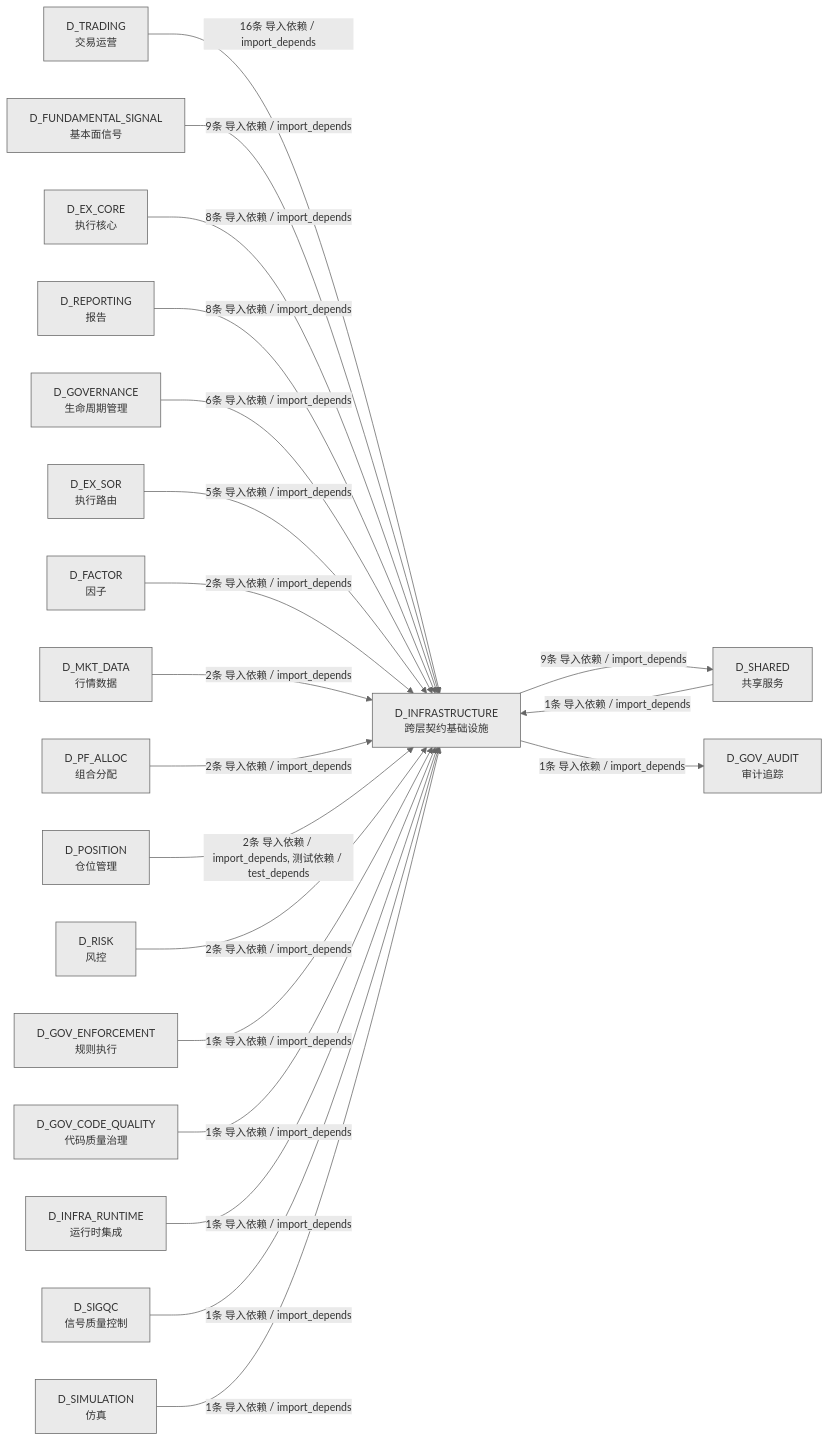
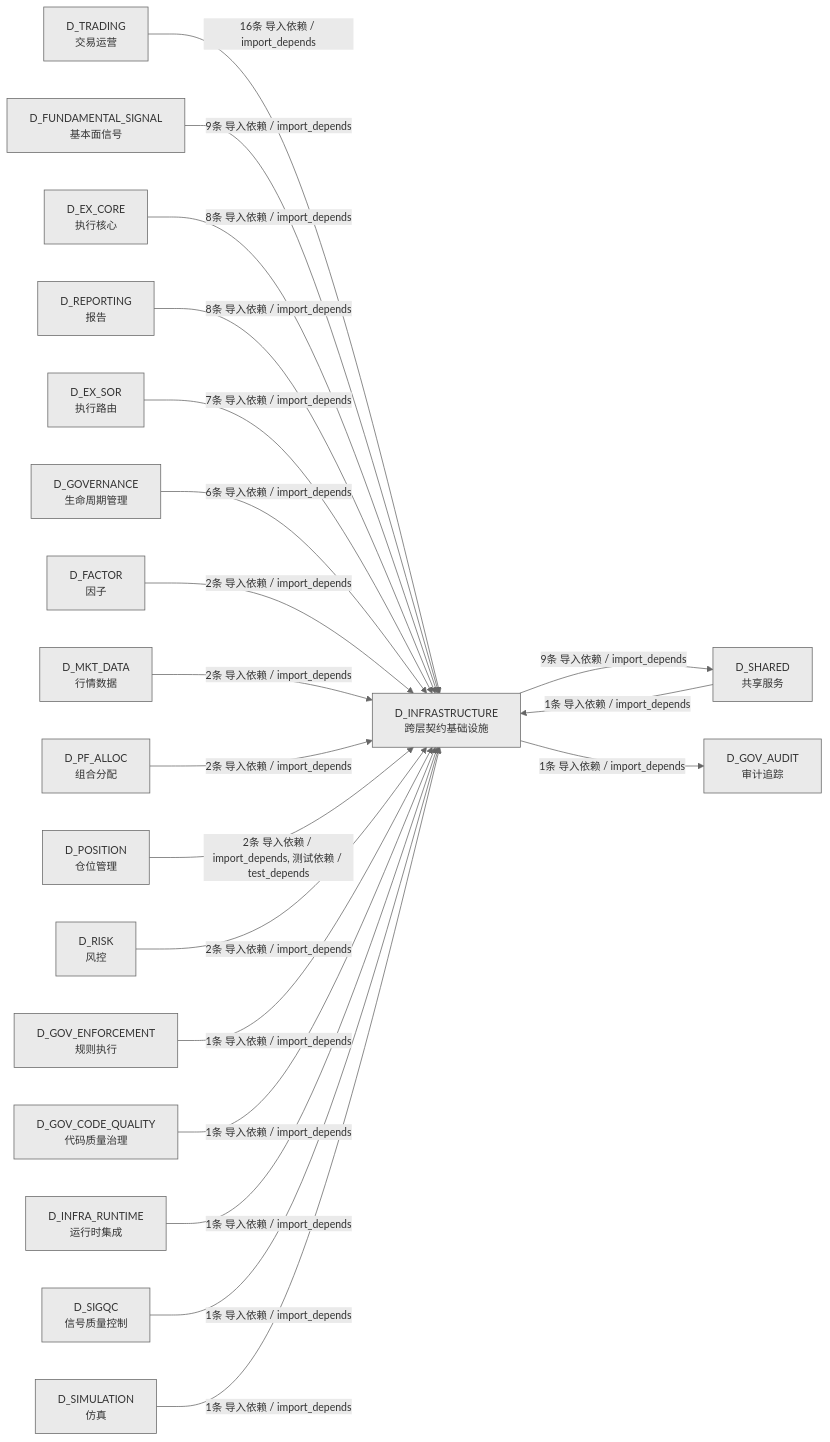
The third of 3 diagrams in docs/02_enterprise_architecture/02_domain_architecture_docs/02_d_infrastructure.md (xuanFelixVan/ZephyrAlpha), drawn with Mermaid before and after one commit. The commit also changed other lines of this file and 58 other files, not shown here.

````diff
--- a/docs/02_enterprise_architecture/02_domain_architecture_docs/02_d_infrastructure.md
+++ b/docs/02_enterprise_architecture/02_domain_architecture_docs/02_d_infrastructure.md
@@ -310,42 +310,42 @@
 ```mermaid
 %%{init: {'theme': 'base', 'themeVariables': {'primaryColor': '#eaeaea', 'primaryTextColor': '#333333', 'primaryBorderColor': '#666666', 'lineColor': '#666666', 'secondaryColor': '#eaeaea', 'tertiaryColor': '#eaeaea', 'fontSize': '14px'}}}%%
 graph LR
     D_INFRASTRUCTURE["D_INFRASTRUCTURE<br/>跨层契约基础设施"]
     D_SHARED["D_SHARED<br/>共享服务"]
     D_GOV_AUDIT["D_GOV_AUDIT<br/>审计追踪"]
     D_TRADING["D_TRADING<br/>交易运营"]
     D_FUNDAMENTAL_SIGNAL["D_FUNDAMENTAL_SIGNAL<br/>基本面信号"]
     D_EX_CORE["D_EX_CORE<br/>执行核心"]
     D_REPORTING["D_REPORTING<br/>报告"]
+    D_EX_SOR["D_EX_SOR<br/>执行路由"]
     D_GOVERNANCE["D_GOVERNANCE<br/>生命周期管理"]
-    D_EX_SOR["D_EX_SOR<br/>执行路由"]
     D_FACTOR["D_FACTOR<br/>因子"]
     D_MKT_DATA["D_MKT_DATA<br/>行情数据"]
     D_PF_ALLOC["D_PF_ALLOC<br/>组合分配"]
     D_POSITION["D_POSITION<br/>仓位管理"]
     D_RISK["D_RISK<br/>风控"]
     D_GOV_ENFORCEMENT["D_GOV_ENFORCEMENT<br/>规则执行"]
     D_GOV_CODE_QUALITY["D_GOV_CODE_QUALITY<br/>代码质量治理"]
     D_INFRA_RUNTIME["D_INFRA_RUNTIME<br/>运行时集成"]
     D_SIGQC["D_SIGQC<br/>信号质量控制"]
     D_SIMULATION["D_SIMULATION<br/>仿真"]
     D_INFRASTRUCTURE -->|9条 导入依赖 / import_depends| D_SHARED
     D_INFRASTRUCTURE -->|1条 导入依赖 / import_depends| D_GOV_AUDIT
     D_TRADING -->|16条 导入依赖 / import_depends| D_INFRASTRUCTURE
     D_FUNDAMENTAL_SIGNAL -->|9条 导入依赖 / import_depends| D_INFRASTRUCTURE
     D_EX_CORE -->|8条 导入依赖 / import_depends| D_INFRASTRUCTURE
     D_REPORTING -->|8条 导入依赖 / import_depends| D_INFRASTRUCTURE
+    D_EX_SOR -->|7条 导入依赖 / import_depends| D_INFRASTRUCTURE
     D_GOVERNANCE -->|6条 导入依赖 / import_depends| D_INFRASTRUCTURE
-    D_EX_SOR -->|5条 导入依赖 / import_depends| D_INFRASTRUCTURE
     D_FACTOR -->|2条 导入依赖 / import_depends| D_INFRASTRUCTURE
     D_MKT_DATA -->|2条 导入依赖 / import_depends| D_INFRASTRUCTURE
     D_PF_ALLOC -->|2条 导入依赖 / import_depends| D_INFRASTRUCTURE
     D_POSITION -->|2条 导入依赖 / import_depends, 测试依赖 / test_depends| D_INFRASTRUCTURE
     D_RISK -->|2条 导入依赖 / import_depends| D_INFRASTRUCTURE
     D_GOV_ENFORCEMENT -->|1条 导入依赖 / import_depends| D_INFRASTRUCTURE
     D_GOV_CODE_QUALITY -->|1条 导入依赖 / import_depends| D_INFRASTRUCTURE
     D_INFRA_RUNTIME -->|1条 导入依赖 / import_depends| D_INFRASTRUCTURE
     D_SHARED -->|1条 导入依赖 / import_depends| D_INFRASTRUCTURE
     D_SIGQC -->|1条 导入依赖 / import_depends| D_INFRASTRUCTURE
     D_SIMULATION -->|1条 导入依赖 / import_depends| D_INFRASTRUCTURE
 ```
````
